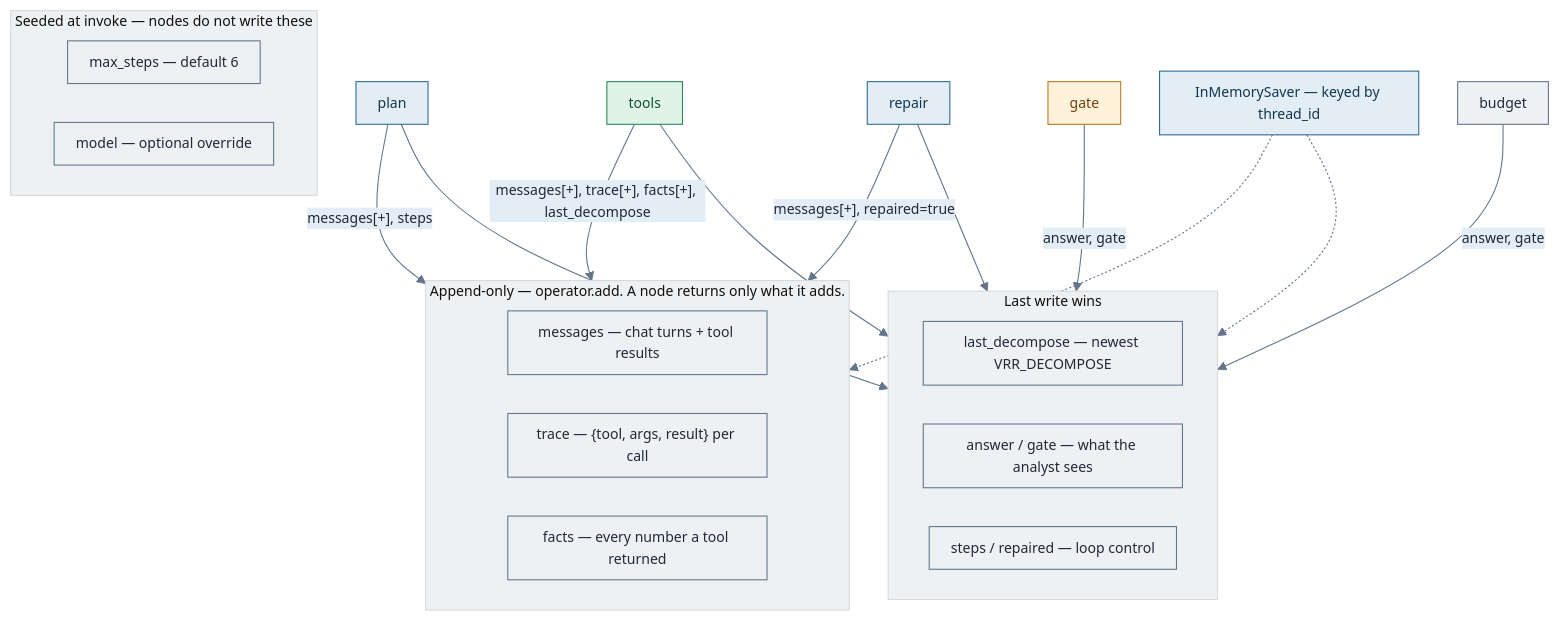
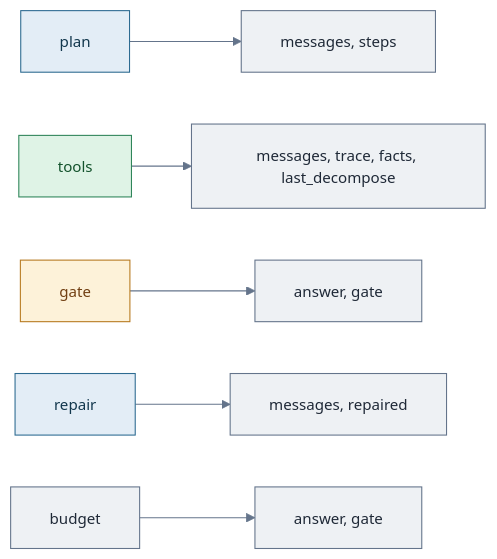
The seventh of 21 diagrams in README.md (vamshi455/vrr-agent-open), drawn with Mermaid before and after one commit. The commit also changed other lines of this file, not shown here.

First line of the commit message:
docs(readme): stop mermaid clipping StateGraph labels

````diff
--- a/README.md
+++ b/README.md
@@ -544,36 +569,16 @@
 ```mermaid
-%%{init: {'theme':'base','themeVariables':{'fontFamily':'ui-sans-serif, system-ui, -apple-system, sans-serif','fontSize':'13px','lineColor':'#64748b','primaryColor':'#eef1f4','primaryTextColor':'#1f2937','primaryBorderColor':'#64748b','secondaryColor':'#e3edf6','tertiaryColor':'#eef1f4'},'flowchart':{'htmlLabels':true,'padding':10,'nodeSpacing':36,'rankSpacing':40,'curve':'basis','useMaxWidth':true}}}%%
-flowchart TB
-    subgraph add ["Append-only — operator.add. A node returns only what it adds."]
-        A1["messages — chat turns + tool results"]
-        A2["trace — {tool, args, result} per call"]
-        A3["facts — every number a tool returned"]
-    end
-    subgraph ow ["Last write wins"]
-        B1["last_decompose — newest VRR_DECOMPOSE"]
-        B2["answer / gate — what the analyst sees"]
-        B3["steps / repaired — loop control"]
-    end
-    subgraph sd ["Seeded at invoke — nodes do not write these"]
-        C1["max_steps — default 6"]
-        C2["model — optional override"]
-    end
-    PLAN["plan"] -->|"messages[+], steps"| add
-    PLAN --> ow
-    TOOLS["tools"] -->|"messages[+], trace[+], facts[+], last_decompose"| add
-    TOOLS --> ow
-    GATE["gate"] -->|"answer, gate"| ow
-    REPAIR["repair"] -->|"messages[+], repaired=true"| add
-    REPAIR --> ow
-    BUDGET["budget"] -->|"answer, gate"| ow
-    CK["InMemorySaver — keyed by thread_id"] -.-> add
-    CK -.-> ow
+%%{init: {'theme':'base','themeVariables':{'fontFamily':'arial, helvetica, sans-serif','fontSize':'14px','lineColor':'#64748b','primaryColor':'#eef1f4','primaryTextColor':'#1f2937','primaryBorderColor':'#64748b','secondaryColor':'#e3edf6','tertiaryColor':'#eef1f4'},'flowchart':{'htmlLabels':true,'padding':18,'nodeSpacing':48,'rankSpacing':48,'curve':'basis','useMaxWidth':true}}}%%
+flowchart LR
+    PLAN["plan"] --> P1["messages, steps"]
+    TOOLS["tools"] --> T1["messages, trace, facts, last_decompose"]
+    GATE["gate"] --> G1["answer, gate"]
+    REPAIR["repair"] --> R1["messages, repaired"]
+    BUDGET["budget"] --> U1["answer, gate"]
 
     classDef data fill:#e3edf6,stroke:#2d6b91,stroke-width:1px,color:#12374d;
     classDef ok fill:#dff3e6,stroke:#2f855a,stroke-width:1px,color:#14532d;
     classDef warn fill:#fdf2d9,stroke:#b7791f,stroke-width:1px,color:#713f12;
     class PLAN,REPAIR data;
     class TOOLS ok;
     class GATE warn;
-    class CK data;
 ```
````
